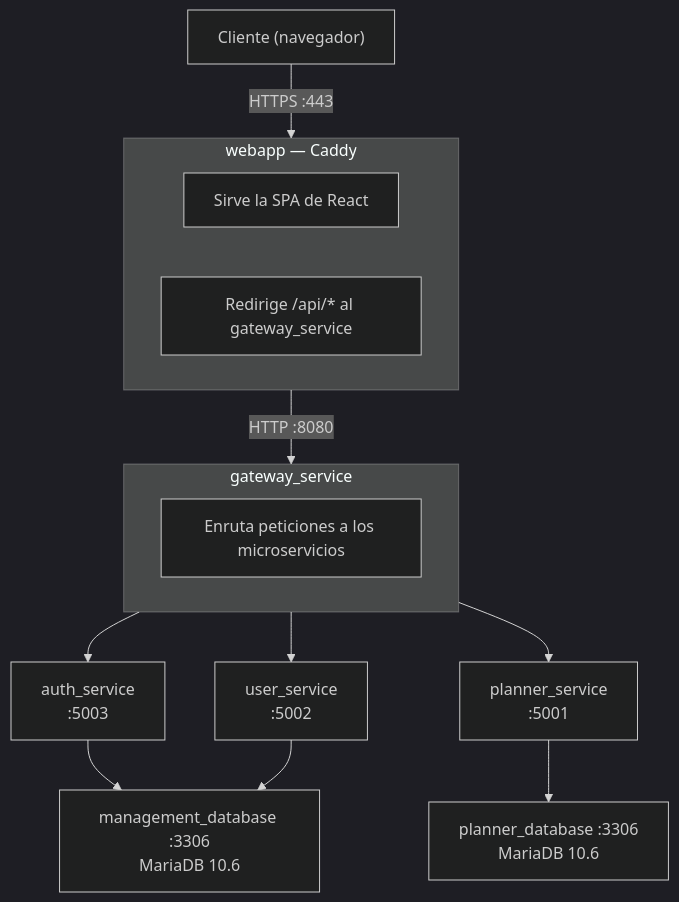
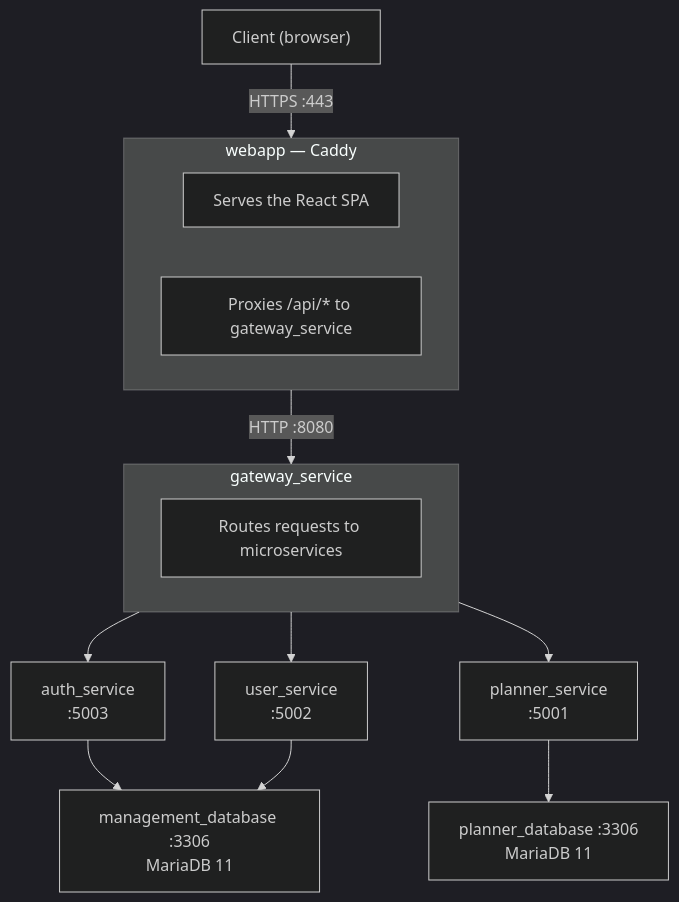
The first of 2 diagrams in docs/manual_instalacion.md (Murias10/TeachingPlanner), drawn with Mermaid (dark theme) before and after one commit. The commit also changed other lines of this file and 3 other files, not shown here.

````diff
--- a/docs/manual_instalacion.md
+++ b/docs/manual_instalacion.md
@@ -25,25 +25,25 @@
 ```mermaid
 flowchart TD
-    Browser["Cliente (navegador)"]
+    Browser["Client (browser)"]
 
     Browser -->|"HTTPS :443"| Webapp
 
     subgraph Webapp["webapp — Caddy"]
-        W1["Sirve la SPA de React"]
-        W2["Redirige /api/* al gateway_service"]
+        W1["Serves the React SPA"]
+        W2["Proxies /api/* to gateway_service"]
     end
 
     Webapp -->|"HTTP :8080"| Gateway
 
     subgraph Gateway["gateway_service"]
-        G1["Enruta peticiones a los microservicios"]
+        G1["Routes requests to microservices"]
     end
 
     Gateway --> Auth["auth_service\n:5003"]
     Gateway --> User["user_service\n:5002"]
     Gateway --> Planner["planner_service\n:5001"]
 
-    Auth --> MgmtDB["management_database :3306\nMariaDB 10.6"]
+    Auth --> MgmtDB["management_database :3306\nMariaDB 11"]
     User --> MgmtDB
-    Planner --> PlannerDB["planner_database :3306\nMariaDB 10.6"]
+    Planner --> PlannerDB["planner_database :3306\nMariaDB 11"]
 ```
````
